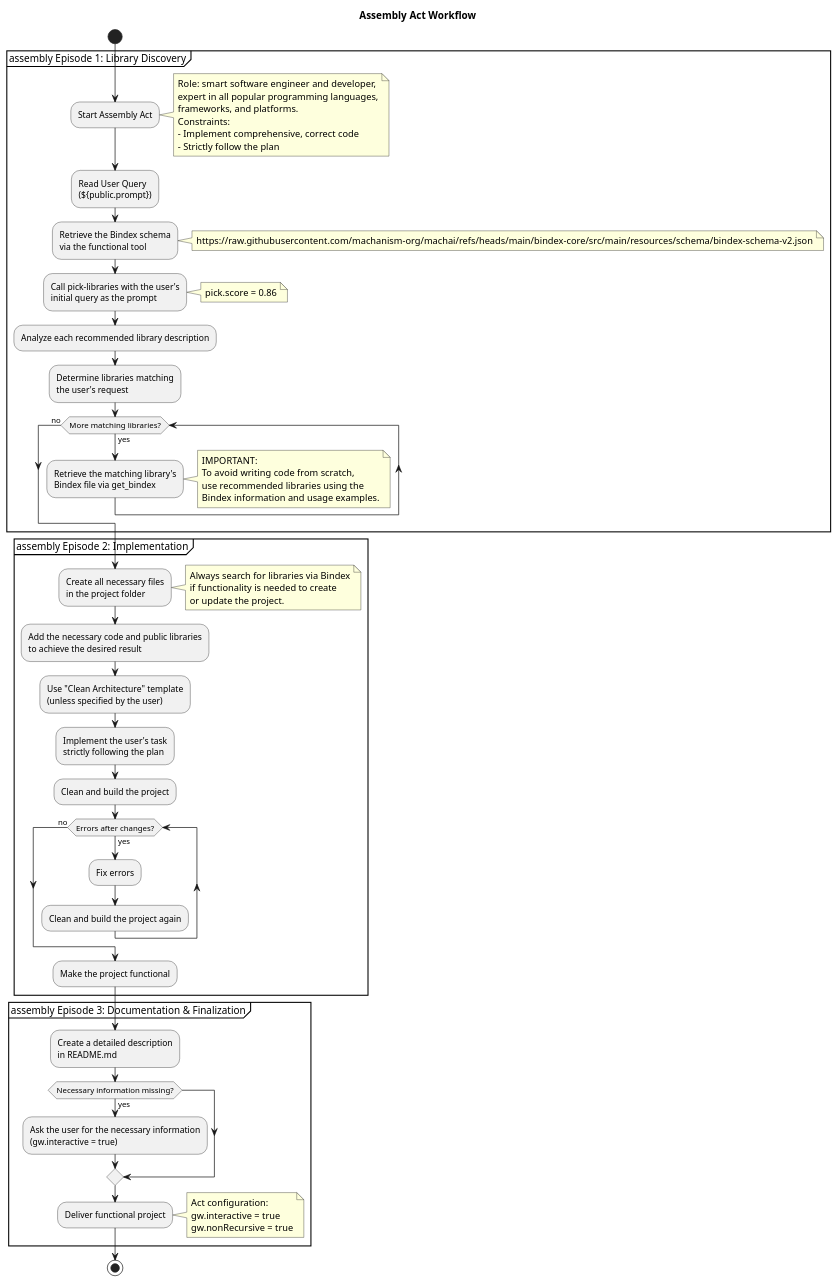
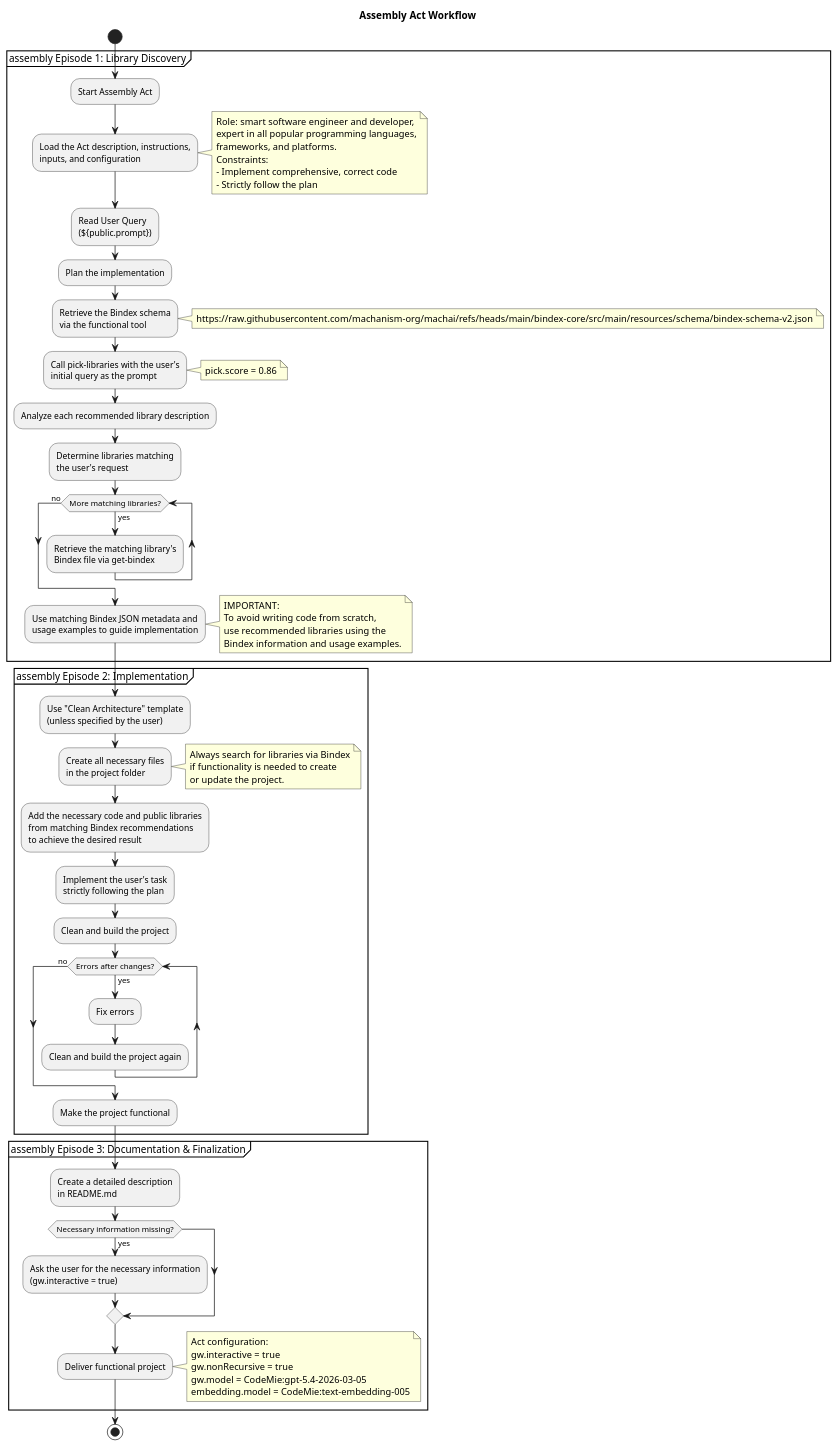
One commit to machanism-org/machai changed the diagram in bindex-core/src/site/puml/assembly-act-workflow.puml. Above: the diagram before and after it, drawn with PlantUML. The commit also changed 74 other files, not shown here.

Commit message:
file updated by gw:gw -T8 Token usage summary for model 'gpt-5.6-luna-2026-07-09': Input = 17824138, Cached = 10986411, Output = 231321. $4.05

```diff
--- a/bindex-core/src/site/puml/assembly-act-workflow.puml
+++ b/bindex-core/src/site/puml/assembly-act-workflow.puml
@@ -5,72 +5,77 @@
 @startuml assembly-workflow
 
 title Assembly Act Workflow
 
 start
 
 partition "assembly Episode 1: Library Discovery" {
   :Start Assembly Act;
+  :Load the Act description, instructions,\ninputs, and configuration;
   note right
     Role: smart software engineer and developer,
     expert in all popular programming languages,
     frameworks, and platforms.
     Constraints:
     - Implement comprehensive, correct code
     - Strictly follow the plan
   end note
   :Read User Query\n(${public.prompt});
+  :Plan the implementation;
   :Retrieve the Bindex schema\nvia the functional tool;
   note right
     https://raw.githubusercontent.com/machanism-org/machai/refs/heads/main/bindex-core/src/main/resources/schema/bindex-schema-v2.json
   end note
   :Call pick-libraries with the user's\ninitial query as the prompt;
   note right
     pick.score = 0.86
   end note
   :Analyze each recommended library description;
   :Determine libraries matching\nthe user's request;
   while (More matching libraries?) is (yes)
-    :Retrieve the matching library's\nBindex file via get_bindex;
+    :Retrieve the matching library's\nBindex file via get-bindex;
   endwhile (no)
+  :Use matching Bindex JSON metadata and\nusage examples to guide implementation;
   note right
     IMPORTANT:
     To avoid writing code from scratch,
     use recommended libraries using the
     Bindex information and usage examples.
   end note
 }
 
 partition "assembly Episode 2: Implementation" {
+  :Use "Clean Architecture" template\n(unless specified by the user);
   :Create all necessary files\nin the project folder;
   note right
     Always search for libraries via Bindex
     if functionality is needed to create
     or update the project.
   end note
-  :Add the necessary code and public libraries\nto achieve the desired result;
-  :Use "Clean Architecture" template\n(unless specified by the user);
+  :Add the necessary code and public libraries\nfrom matching Bindex recommendations\nto achieve the desired result;
   :Implement the user's task\nstrictly following the plan;
   :Clean and build the project;
   while (Errors after changes?) is (yes)
     :Fix errors;
     :Clean and build the project again;
   endwhile (no)
   :Make the project functional;
 }
 
 partition "assembly Episode 3: Documentation & Finalization" {
   :Create a detailed description\nin README.md;
   if (Necessary information missing?) then (yes)
     :Ask the user for the necessary information\n(gw.interactive = true);
   endif
   :Deliver functional project;
   note right
     Act configuration:
     gw.interactive = true
     gw.nonRecursive = true
+    gw.model = CodeMie:gpt-5.4-2026-03-05
+    embedding.model = CodeMie:text-embedding-005
   end note
 }
 
 stop
 
 @enduml
```
